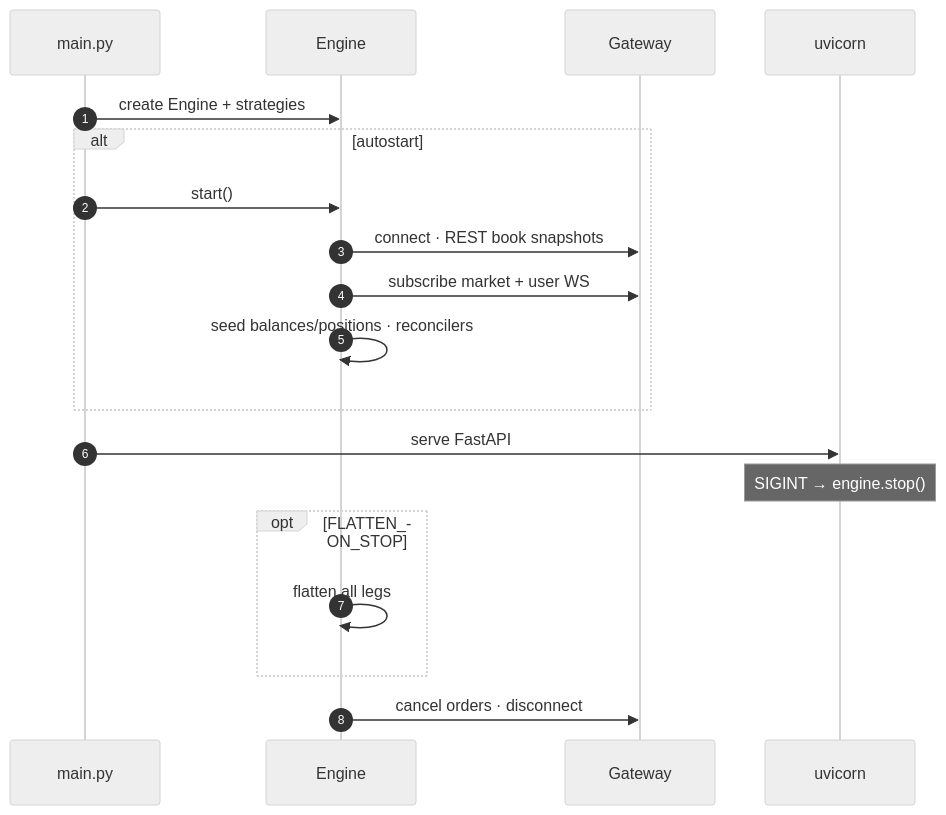
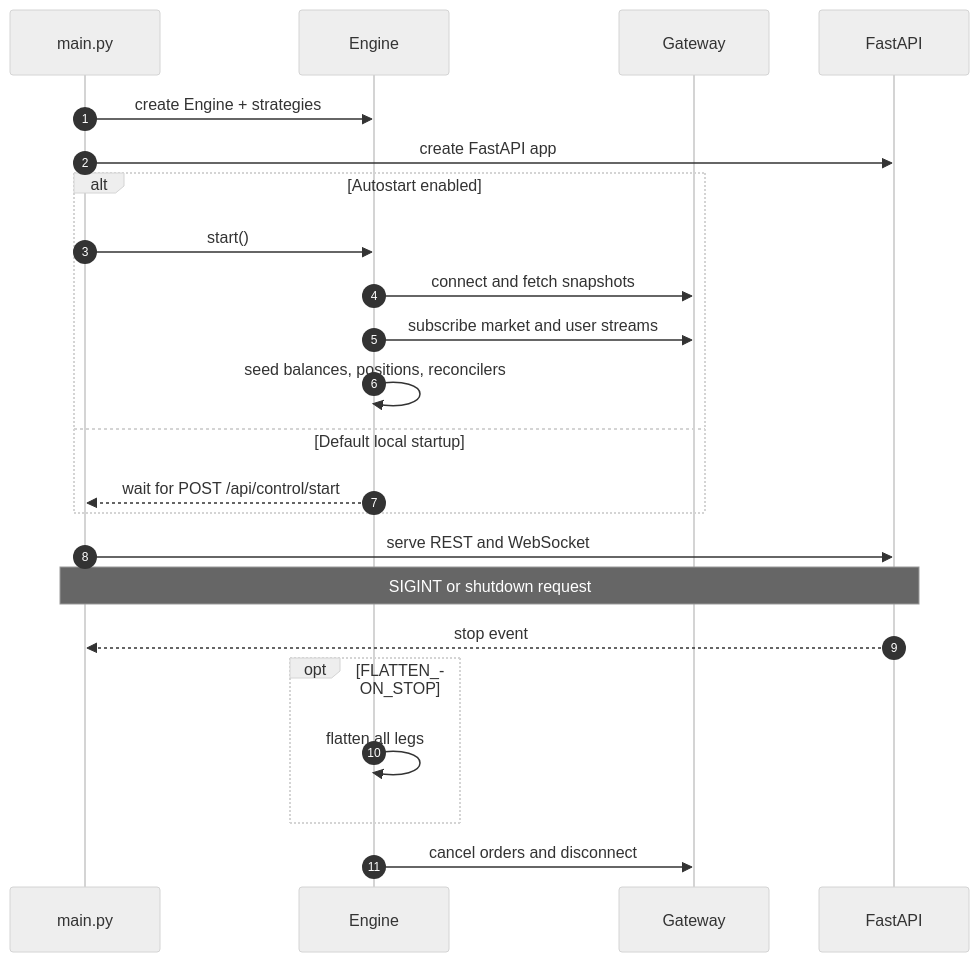
Before and after one commit to Zendragon98/algo-trading-hub: the third of 8 diagrams in README.md, drawn with Mermaid (neutral theme). The commit also changed other lines of this file and 13 other files, not shown here.

Commit message:
Polish architecture diagrams

````diff
--- a/README.md
+++ b/README.md
@@ -517,22 +536,26 @@
 ```mermaid
 sequenceDiagram
     autonumber
-    participant M as main.py
-    participant E as Engine
-    participant G as Gateway
-    participant U as uvicorn
+    participant Main as main.py
+    participant Engine
+    participant Gateway
+    participant API as FastAPI
 
-    M->>E: create Engine + strategies
-    alt autostart
-        M->>E: start()
-        E->>G: connect · REST book snapshots
-        E->>G: subscribe market + user WS
-        E->>E: seed balances/positions · reconcilers
+    Main->>Engine: create Engine + strategies
+    Main->>API: create FastAPI app
+    alt Autostart enabled
+        Main->>Engine: start()
+        Engine->>Gateway: connect and fetch snapshots
+        Engine->>Gateway: subscribe market and user streams
+        Engine->>Engine: seed balances, positions, reconcilers
+    else Default local startup
+        Engine-->>Main: wait for POST /api/control/start
     end
-    M->>U: serve FastAPI
-    Note over U: SIGINT → engine.stop()
+    Main->>API: serve REST and WebSocket
+    Note over API,Main: SIGINT or shutdown request
+    API-->>Main: stop event
     opt FLATTEN_ON_STOP
-        E->>E: flatten all legs
+        Engine->>Engine: flatten all legs
     end
-    E->>G: cancel orders · disconnect
+    Engine->>Gateway: cancel orders and disconnect
 ```
````
